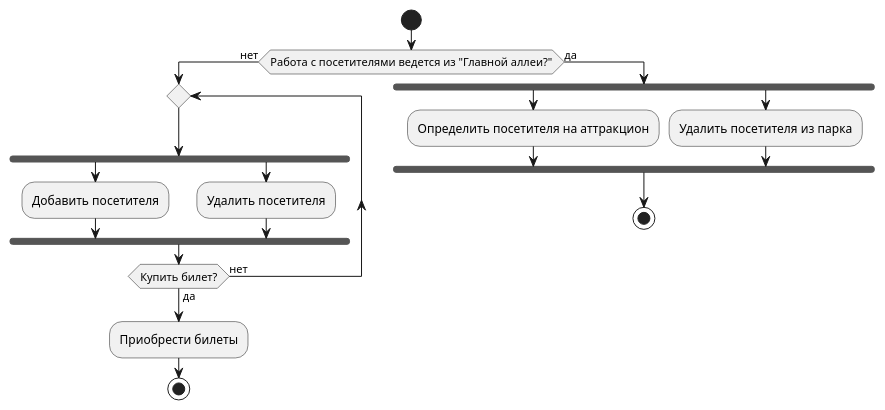
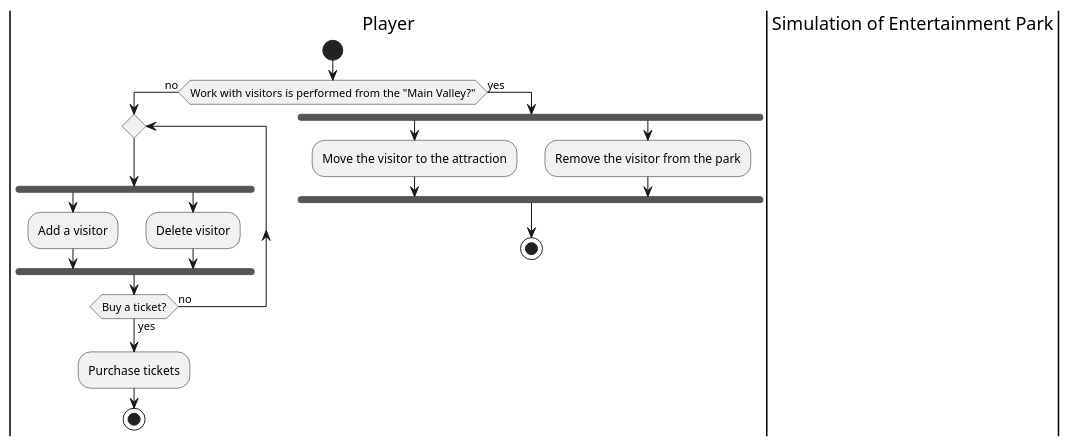
Before and after one commit to mzhirko/amusement-park: the diagram in description/diagrams/diagrams-en/activity/main-visitor-activity-diagram.wsd, drawn with PlantUML. The commit also changed 25 other files, not shown here.

Commit message:
Translate activity diagrams + render imgs

```diff
--- a/description/diagrams/diagrams-en/activity/main-visitor-activity-diagram.wsd
+++ b/description/diagrams/diagrams-en/activity/main-visitor-activity-diagram.wsd
@@ -1,21 +1,22 @@
 @startuml
-|Игрок|
+|Player|
 start
-if (Работа с посетителями ведется из "Главной аллеи?") then (нет)
+If (Work with visitors is performed from the "Main Valley?") then (no)
 repeat
 fork
-:Добавить посетителя;
+:Add a visitor;
 forkagain
-:Удалить посетителя;
+:Delete visitor;
 endfork
-repeat while (Купить билет?) is (нет) not (да)
-:Приобрести билеты;
+repeat while (Buy a ticket?) is (no) not (yes)
+:Purchase tickets;
 stop
-else (да)
+else (yes)
 fork
-:Определить посетителя на аттракцион;
+:Move the visitor to the attraction;
 forkagain
-:Удалить посетителя из парка;
+:Remove the visitor from the park;
 endfork
 stop
+|Simulation of Entertainment Park|
 @enduml
```
